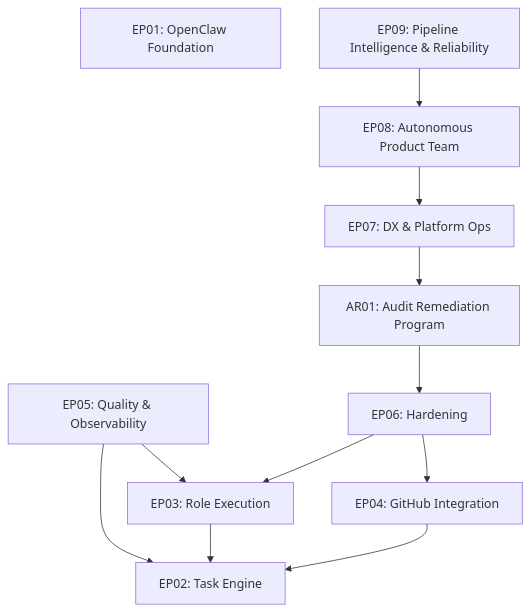
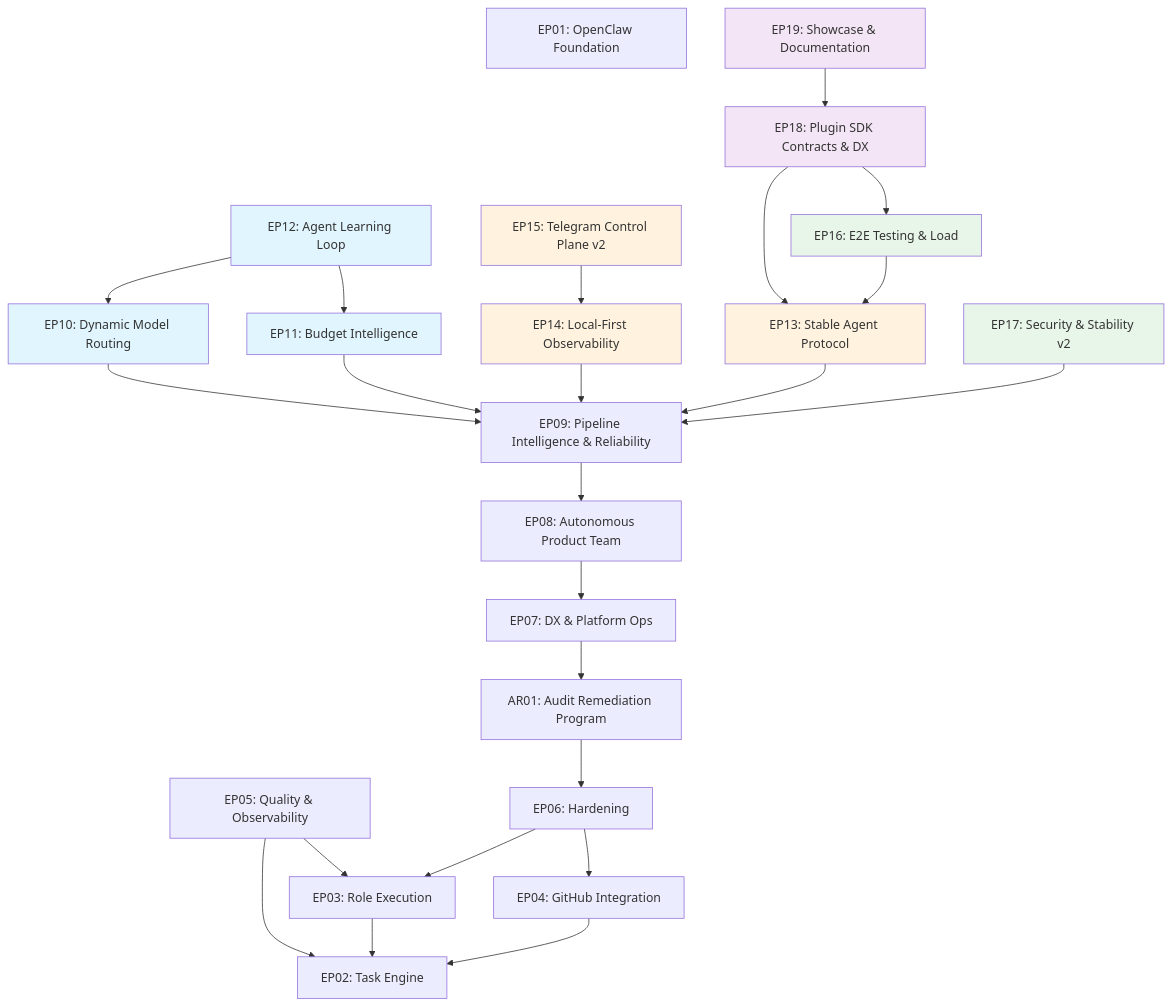
One commit to Monkey-D-Luisi/vibe-flow changed the diagram in docs/roadmap.md. Above: the diagram before and after it, drawn with Mermaid. The commit also changed other lines of this file and 10 other files, not shown here.

First line of the commit message:
docs(roadmap): add roadmap v2 with phases 10-13 (EP10-EP19)

````diff
--- a/docs/roadmap.md
+++ b/docs/roadmap.md
@@ -219,15 +580,47 @@
 ```mermaid
 graph TD
   EP01[EP01: OpenClaw Foundation]
   EP02[EP02: Task Engine]
   EP03[EP03: Role Execution] --> EP02
   EP04[EP04: GitHub Integration] --> EP02
   EP05[EP05: Quality & Observability] --> EP02
   EP05 --> EP03
   EP06[EP06: Hardening] --> EP03
   EP06 --> EP04
   AR01[AR01: Audit Remediation Program] --> EP06
   EP07[EP07: DX & Platform Ops] --> AR01
   EP08[EP08: Autonomous Product Team] --> EP07
   EP09[EP09: Pipeline Intelligence & Reliability] --> EP08
+
+  %% Phase 10: Adaptive Intelligence
+  EP10[EP10: Dynamic Model Routing] --> EP09
+  EP11[EP11: Budget Intelligence] --> EP09
+  EP12[EP12: Agent Learning Loop] --> EP10
+  EP12 --> EP11
+
+  %% Phase 11: Protocol & Communication
+  EP13[EP13: Stable Agent Protocol] --> EP09
+  EP14[EP14: Local-First Observability] --> EP09
+  EP15[EP15: Telegram Control Plane v2] --> EP14
+
+  %% Phase 12: Quality at Scale
+  EP16[EP16: E2E Testing & Load] --> EP13
+  EP17[EP17: Security & Stability v2] --> EP09
+
+  %% Phase 13: Reference & Community
+  EP18[EP18: Plugin SDK Contracts & DX] --> EP13
+  EP18 --> EP16
+  EP19[EP19: Showcase & Documentation] --> EP18
+
+  %% Styling
+  style EP10 fill:#e1f5fe
+  style EP11 fill:#e1f5fe
+  style EP12 fill:#e1f5fe
+  style EP13 fill:#fff3e0
+  style EP14 fill:#fff3e0
+  style EP15 fill:#fff3e0
+  style EP16 fill:#e8f5e9
+  style EP17 fill:#e8f5e9
+  style EP18 fill:#f3e5f5
+  style EP19 fill:#f3e5f5
 ```
````
